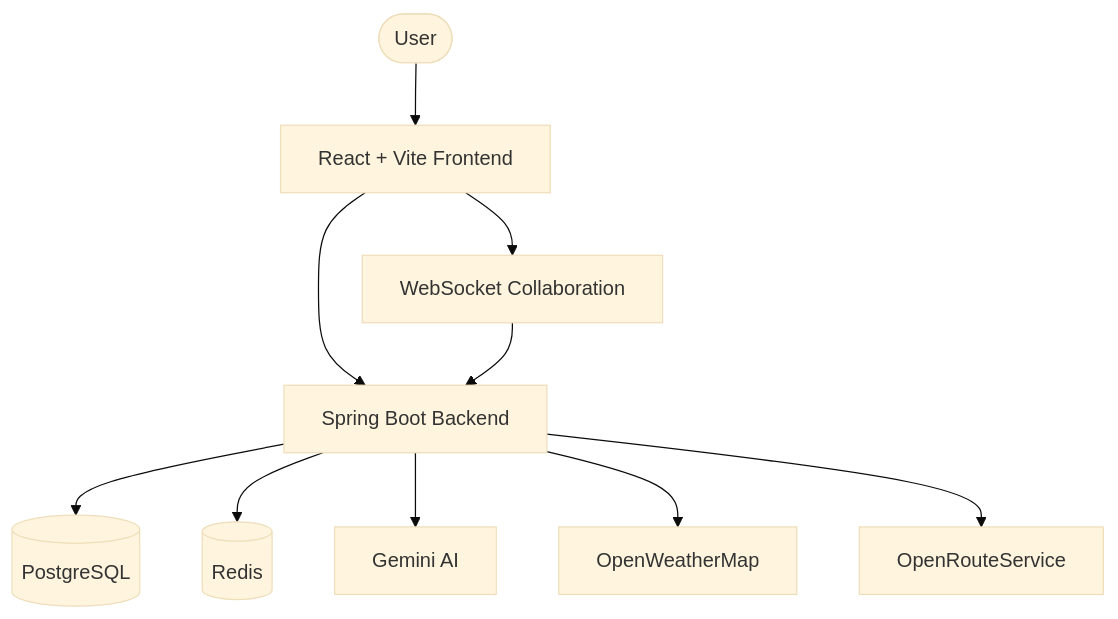
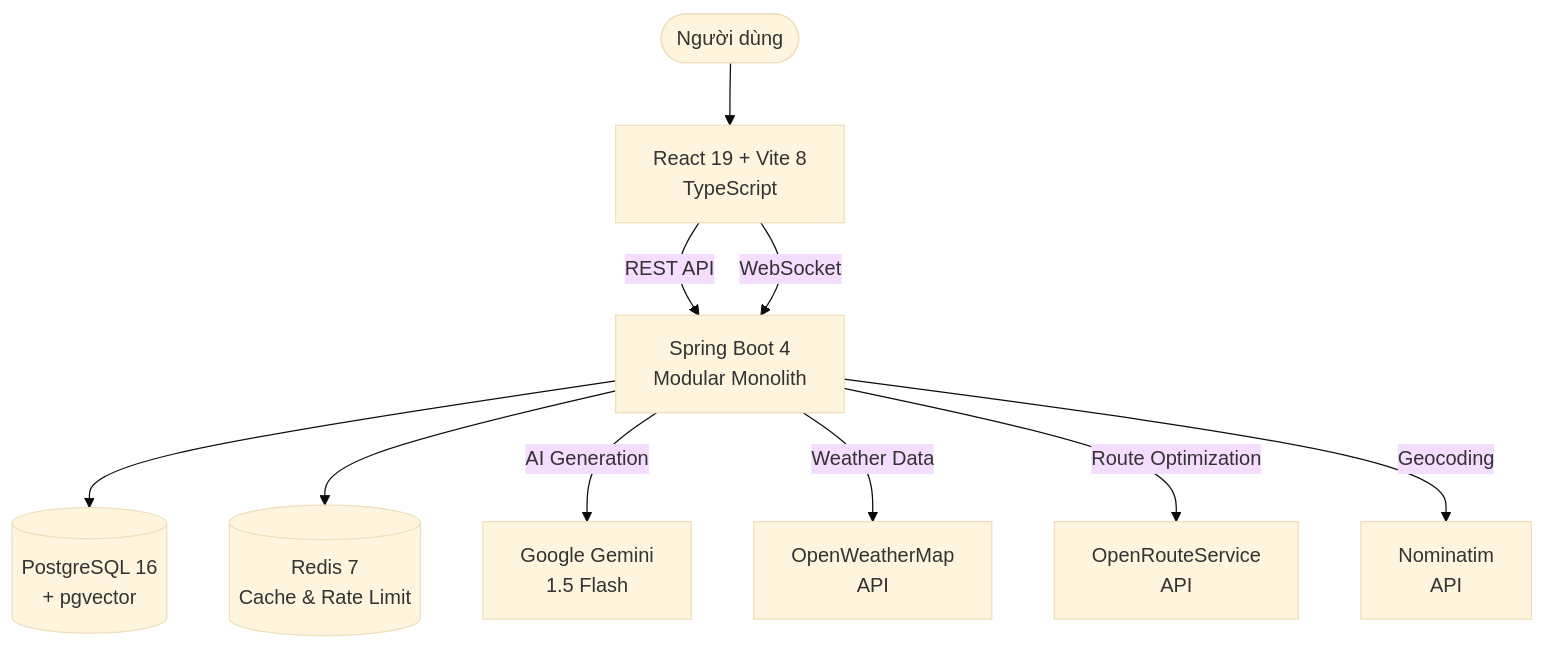
One commit to gnuttt212/travel-planner changed the diagram in README.md. Above: the diagram before and after it, drawn with Mermaid (base theme). The commit also changed other lines of this file, not shown here.

````diff
--- a/README.md
+++ b/README.md
@@ -31,12 +32,12 @@
 ```mermaid
 graph TD
-    User([User]) --> Frontend[React + Vite Frontend]
-    Frontend --> Backend[Spring Boot Backend]
-    Backend --> PostgreSQL[(PostgreSQL)]
-    Backend --> Redis[(Redis)]
-    Backend --> Gemini[Gemini AI]
-    Backend --> Weather[OpenWeatherMap]
-    Backend --> ORS[OpenRouteService]
-    Frontend --> WS[WebSocket Collaboration]
-    WS --> Backend
+    User([Người dùng]) --> Frontend["React 19 + Vite 8<br/>TypeScript"]
+    Frontend -->|REST API| Backend["Spring Boot 4<br/>Modular Monolith"]
+    Frontend -->|WebSocket| Backend
+    Backend --> PostgreSQL[("PostgreSQL 16<br/>+ pgvector")]
+    Backend --> Redis[("Redis 7<br/>Cache & Rate Limit")]
+    Backend -->|AI Generation| Gemini["Google Gemini<br/>1.5 Flash"]
+    Backend -->|Weather Data| OWM["OpenWeatherMap<br/>API"]
+    Backend -->|Route Optimization| ORS["OpenRouteService<br/>API"]
+    Backend -->|Geocoding| Nominatim["Nominatim<br/>API"]
 ```
````
